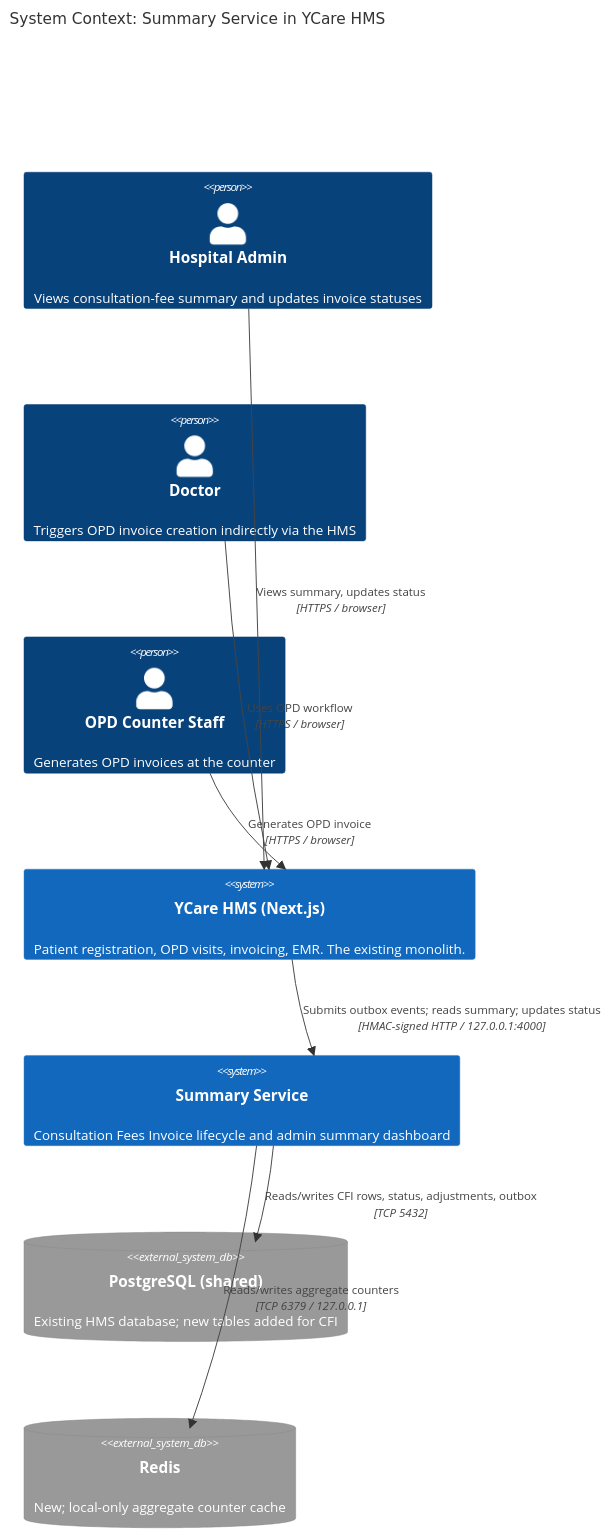
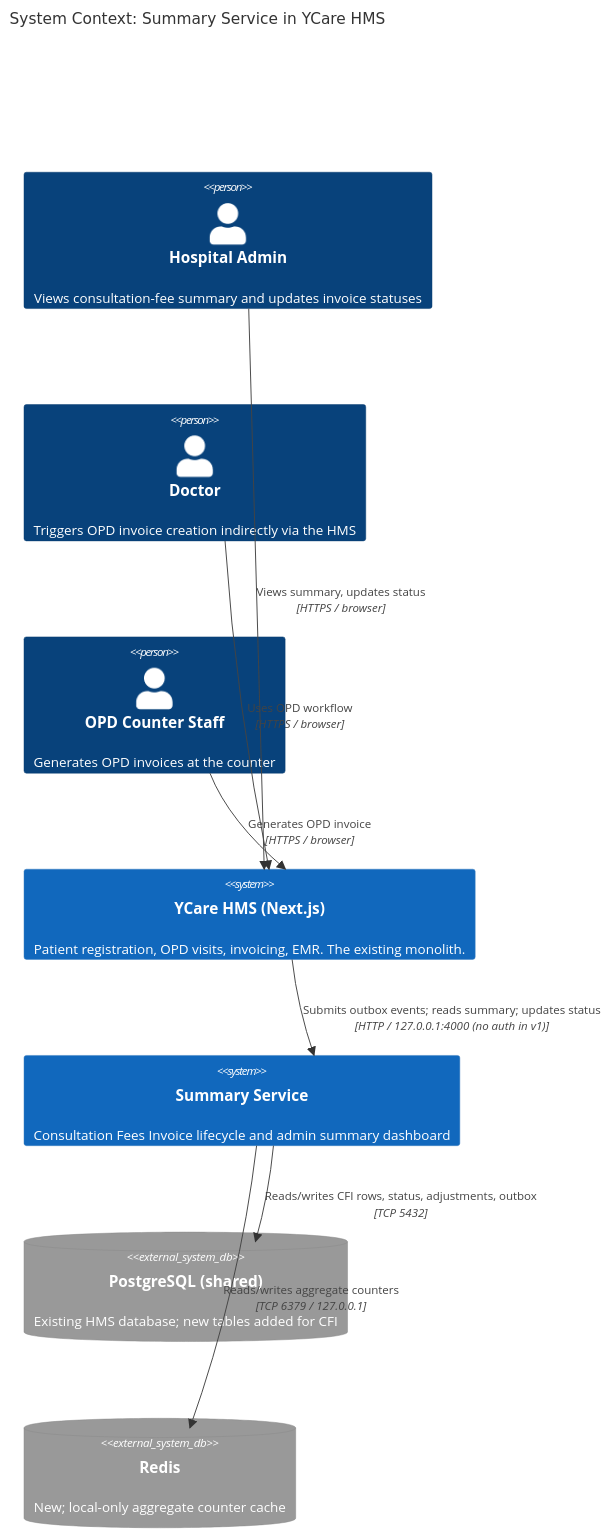
The diagram in summary-service/diagrams/c4-context.md (mgmgpyaesonewin/hms-docs), drawn with Mermaid before and after one commit. The commit also changed other lines of this file and 22 other files, not shown here.

Commit message:
removed auth header flow

````diff
--- a/summary-service/diagrams/c4-context.md
+++ b/summary-service/diagrams/c4-context.md
@@ -5,24 +5,24 @@
 ```mermaid
 C4Context
     title System Context: Summary Service in YCare HMS
 
     Person(admin, "Hospital Admin", "Views consultation-fee summary and updates invoice statuses")
     Person(doctor, "Doctor", "Triggers OPD invoice creation indirectly via the HMS")
     Person(op_staff, "OPD Counter Staff", "Generates OPD invoices at the counter")
 
     System(ycare_hms, "YCare HMS (Next.js)", "Patient registration, OPD visits, invoicing, EMR. The existing monolith.")
     System(summary, "Summary Service", "Consultation Fees Invoice lifecycle and admin summary dashboard")
     SystemDb_Ext(postgres, "PostgreSQL (shared)", "Existing HMS database; new tables added for CFI")
     SystemDb_Ext(redis, "Redis", "New; local-only aggregate counter cache")
 
     Rel(admin, ycare_hms, "Views summary, updates status", "HTTPS / browser")
     Rel(doctor, ycare_hms, "Uses OPD workflow", "HTTPS / browser")
     Rel(op_staff, ycare_hms, "Generates OPD invoice", "HTTPS / browser")
 
-    Rel(ycare_hms, summary, "Submits outbox events; reads summary; updates status", "HMAC-signed HTTP / 127.0.0.1:4000")
+    Rel(ycare_hms, summary, "Submits outbox events; reads summary; updates status", "HTTP / 127.0.0.1:4000 (no auth in v1)")
 
     Rel(summary, postgres, "Reads/writes CFI rows, status, adjustments, outbox", "TCP 5432")
     Rel(summary, redis, "Reads/writes aggregate counters", "TCP 6379 / 127.0.0.1")
 
     UpdateLayoutConfig($c4ShapeInRow="3", $c4BoundaryInRow="1")
 ```
````
